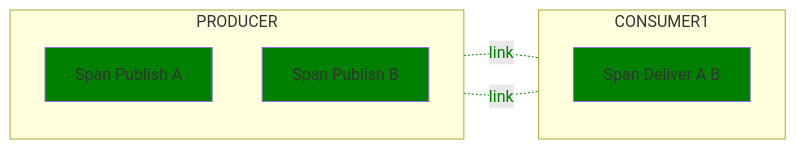
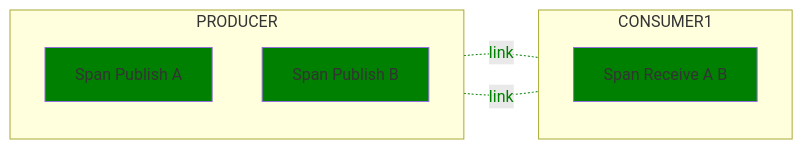
One commit to open-telemetry/semantic-conventions changed the second of 2 diagrams in docs/messaging/messaging-spans.md. Above: the diagram before and after it, drawn with Mermaid. The commit also changed other lines of this file, not shown here.

````diff
--- a/docs/messaging/messaging-spans.md
+++ b/docs/messaging/messaging-spans.md
@@ -469,18 +469,18 @@
 ```mermaid
 flowchart LR;
   subgraph PRODUCER
   direction TB
   PA[Span Publish A]
   PB[Span Publish B]
   end
   subgraph CONSUMER1
   direction TB
-  D1[Span Deliver A B]
+  D1[Span Receive A B]
   end
   PA-. link .-D1;
   PB-. link .-D1;
 
   classDef normal fill:green
   class PA,PB,D1 normal
   linkStyle 0,1 color:green,stroke:green
 ```
````
